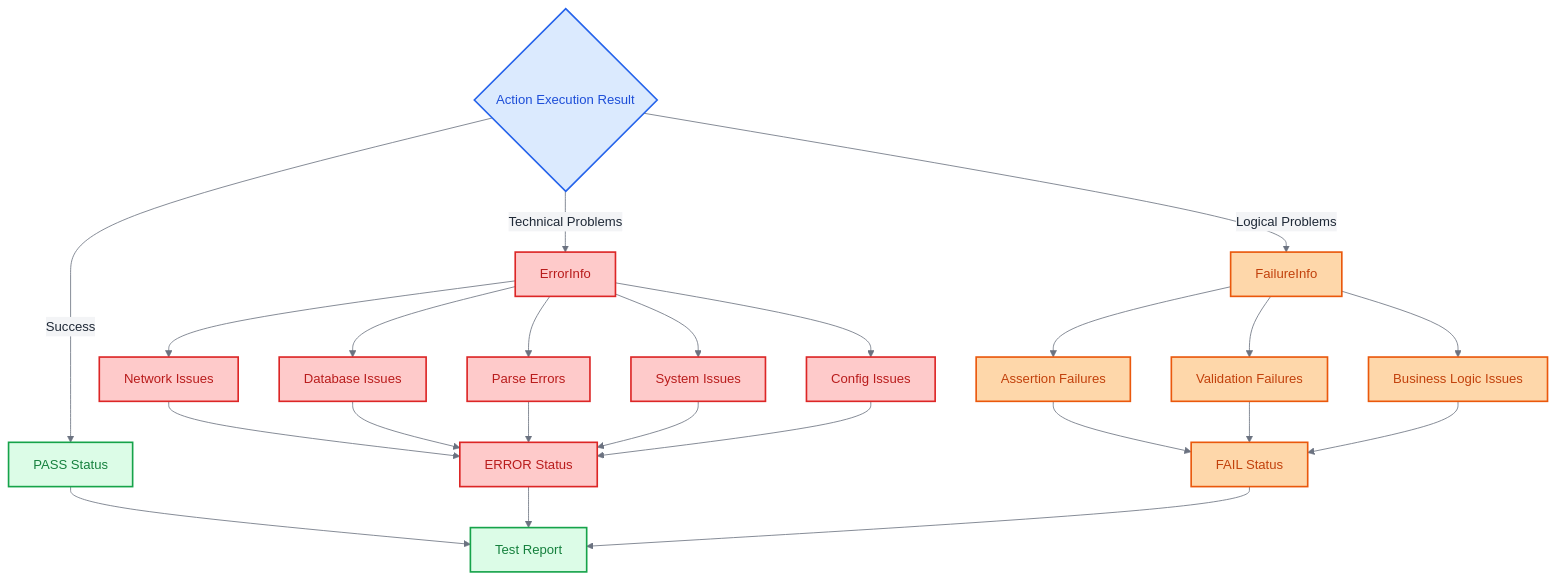
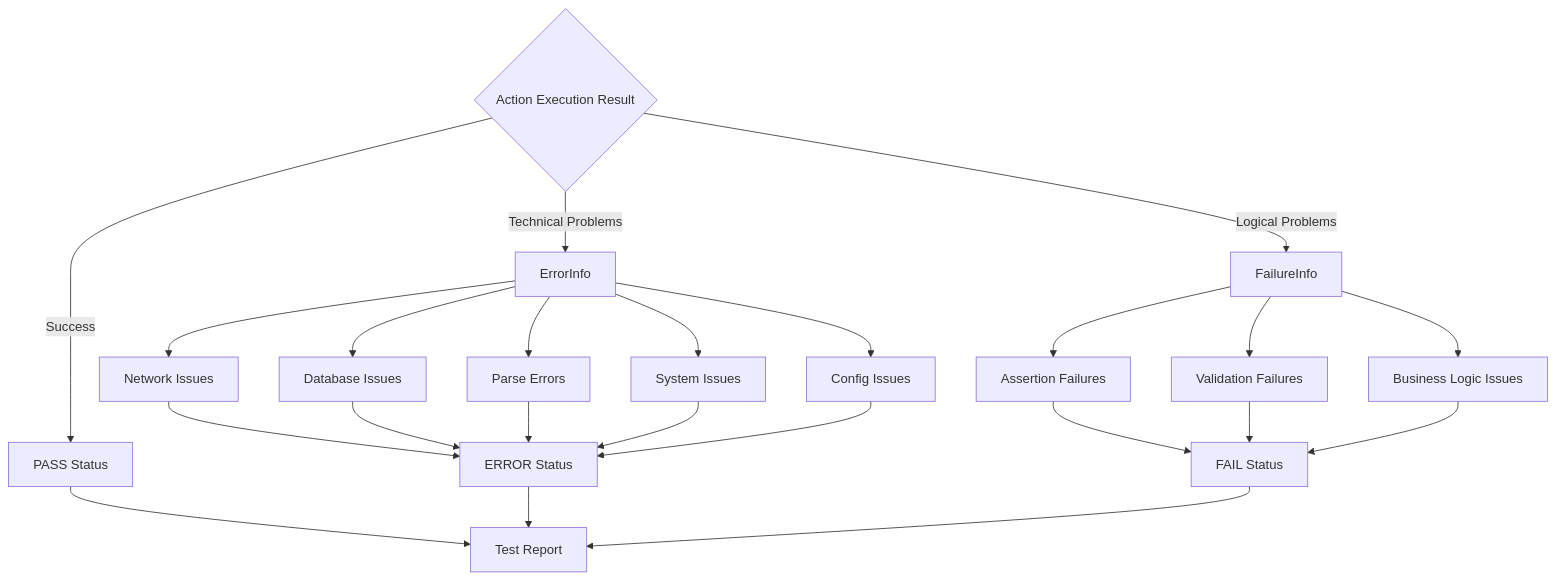
Before and after one commit to JianLoong/robogo: the second of 3 diagrams in docs/error-failure-states-diagram.md, drawn with Mermaid. The commit also changed other lines of this file and 70 other files, not shown here.

````diff
--- a/docs/error-failure-states-diagram.md
+++ b/docs/error-failure-states-diagram.md
@@ -52,57 +31,34 @@
 ```mermaid
-%%{init: {
-  'theme': 'base',
-  'themeVariables': {
-    'primaryColor': '#2563eb',
-    'primaryTextColor': '#1f2937',
-    'primaryBorderColor': '#3b82f6',
-    'lineColor': '#6b7280',
-    'secondaryColor': '#f3f4f6',
-    'tertiaryColor': '#e5e7eb',
-    'background': '#ffffff',
-    'mainBkg': '#f9fafb',
-    'secondBkg': '#f3f4f6',
-    'tertiaryBkg': '#e5e7eb'
-  }
-}}%%
 flowchart TD
     ActionResult{Action Execution Result}
     
     ActionResult --> |Success| Pass[PASS Status]
     ActionResult --> |Technical Problems| ErrorInfo[ErrorInfo]
     ActionResult --> |Logical Problems| FailureInfo[FailureInfo]
     
     ErrorInfo --> NetworkErr[Network Issues]
     ErrorInfo --> DatabaseErr[Database Issues]
     ErrorInfo --> ParseErr[Parse Errors]
     ErrorInfo --> SystemErr[System Issues]
     ErrorInfo --> ConfigErr[Config Issues]
     
     FailureInfo --> AssertErr[Assertion Failures]
     FailureInfo --> ValidErr[Validation Failures]  
     FailureInfo --> BusinessErr[Business Logic Issues]
     
     NetworkErr --> ErrorStatus[ERROR Status]
     DatabaseErr --> ErrorStatus
     ParseErr --> ErrorStatus
     SystemErr --> ErrorStatus
     ConfigErr --> ErrorStatus
     
     AssertErr --> FailStatus[FAIL Status]
     ValidErr --> FailStatus
     BusinessErr --> FailStatus
     
     Pass --> Report[Test Report]
     ErrorStatus --> Report
     FailStatus --> Report
     
-    classDef successStyle fill:#dcfce7,stroke:#16a34a,stroke-width:2px,color:#15803d
-    classDef errorStyle fill:#fecaca,stroke:#dc2626,stroke-width:2px,color:#b91c1c
-    classDef failureStyle fill:#fed7aa,stroke:#ea580c,stroke-width:2px,color:#c2410c
-    classDef processStyle fill:#dbeafe,stroke:#2563eb,stroke-width:2px,color:#1d4ed8
-    
-    class Pass,Report successStyle
-    class ErrorInfo,NetworkErr,DatabaseErr,ParseErr,SystemErr,ConfigErr,ErrorStatus errorStyle
-    class FailureInfo,AssertErr,ValidErr,BusinessErr,FailStatus failureStyle
-    class ActionResult processStyle
+
 ```
````
